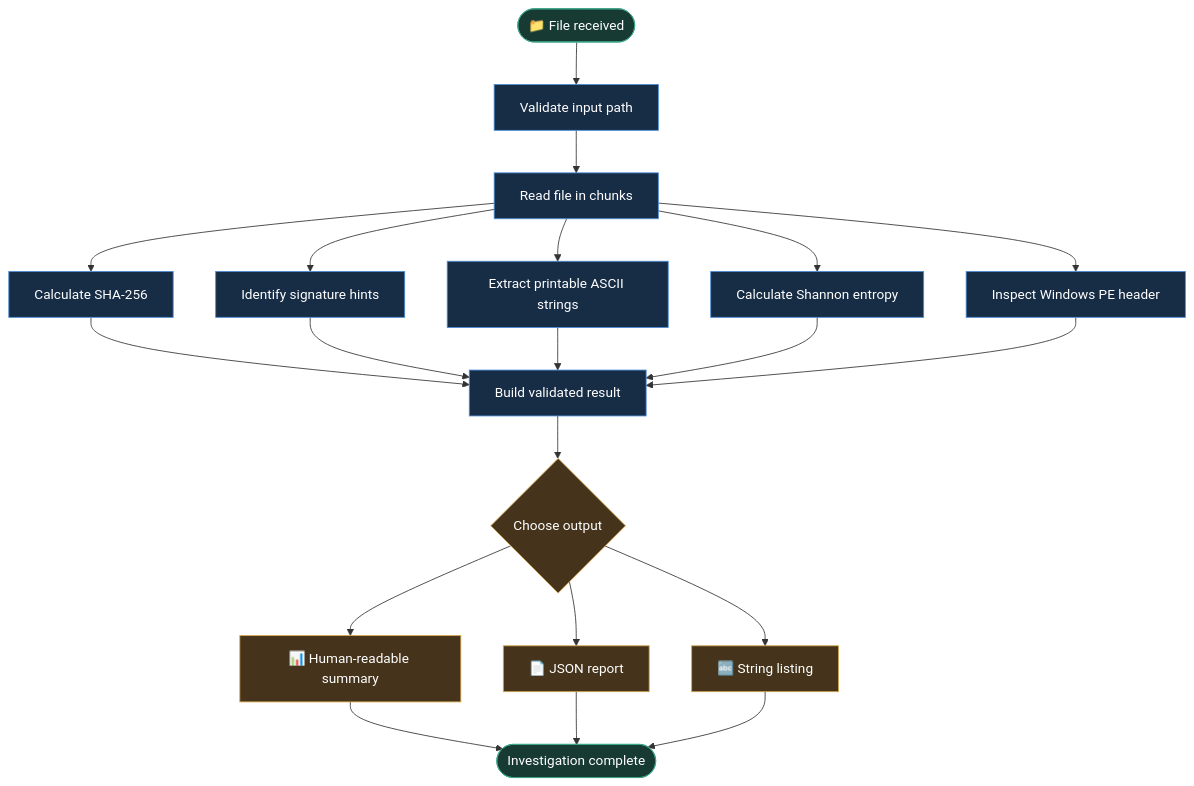
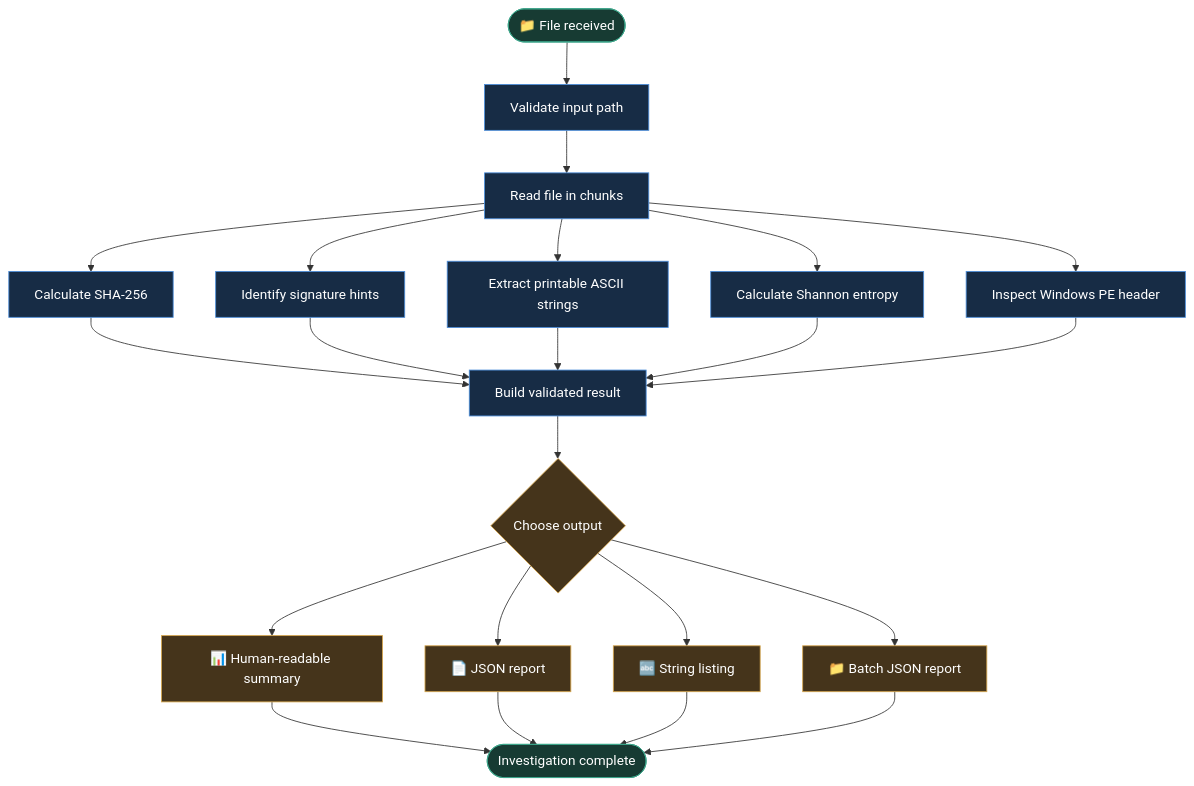
The diagram in README.md (ShahulAIEngineer/reverse-engineering-intelligence), drawn with Mermaid before and after one commit. The commit also changed other lines of this file, not shown here.

Commit message:
Document batch file analysis in README

````diff
--- a/README.md
+++ b/README.md
@@ -41,29 +41,31 @@
 ```mermaid
 flowchart TD
     A(["📁 File received"]) --> B["Validate input path"]
     B --> C["Read file in chunks"]
     C --> D["Calculate SHA-256"]
     C --> E["Identify signature hints"]
     C --> F["Extract printable ASCII strings"]
     C --> G["Calculate Shannon entropy"]
     C --> H["Inspect Windows PE header"]
     D --> I["Build validated result"]
     E --> I
     F --> I
     G --> I
     H --> I
     I --> J{"Choose output"}
     J --> K["📊 Human-readable summary"]
     J --> L["📄 JSON report"]
     J --> M["🔤 String listing"]
+    J --> O["📁 Batch JSON report"]
     K --> N(["Investigation complete"])
     L --> N
     M --> N
+    O --> N
 
     classDef start fill:#173b33,stroke:#3ca58a,color:#ffffff
     classDef process fill:#172c45,stroke:#4c8eda,color:#ffffff
     classDef output fill:#45341b,stroke:#d6a64d,color:#ffffff
     class A,N start
     class B,C,D,E,F,G,H,I process
-    class J,K,L,M output
+    class J,K,L,M,O output
 ```
````
